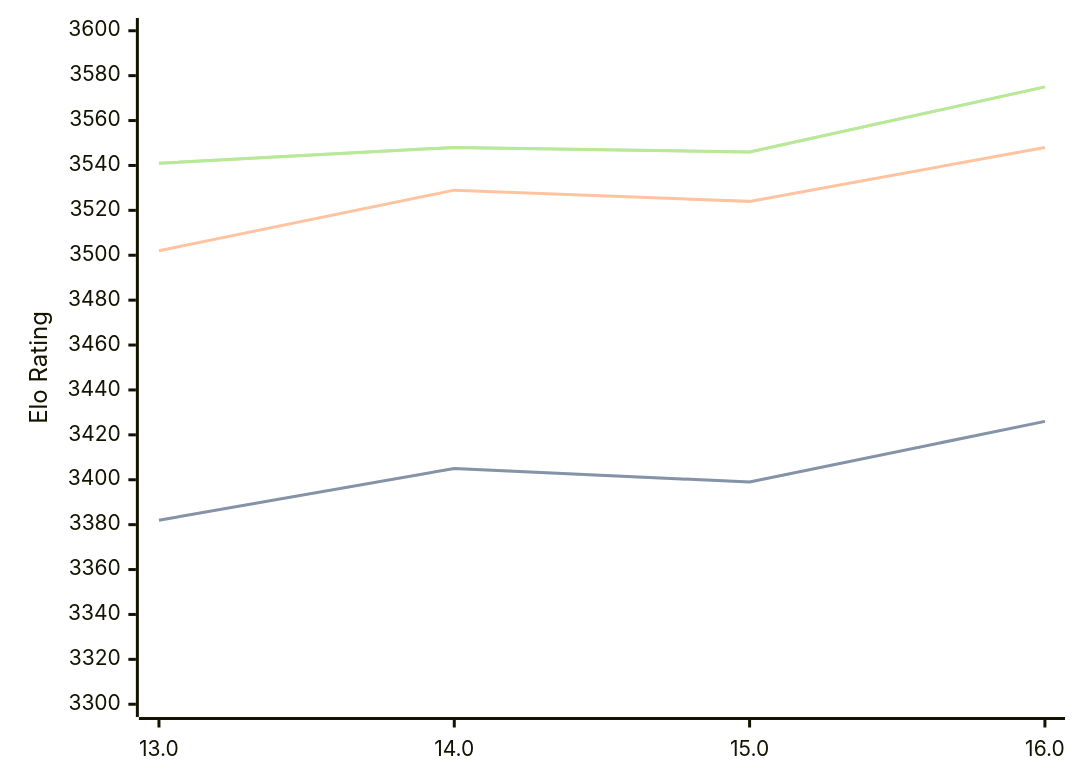
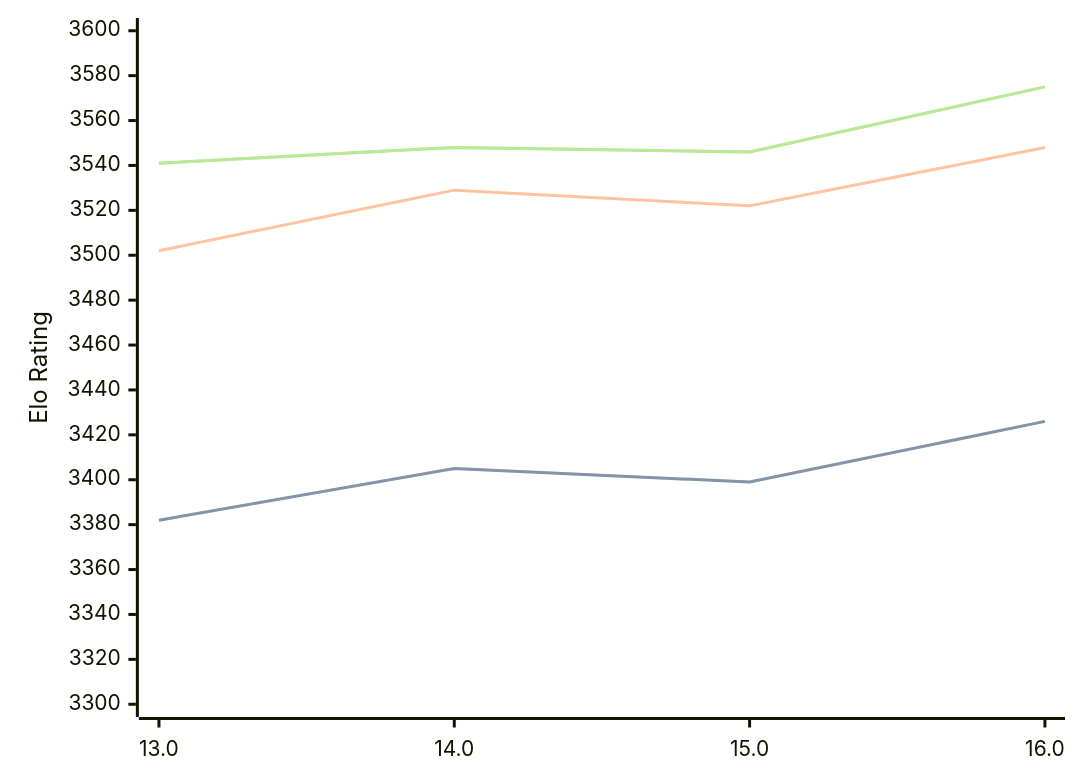
Before and after one commit to computer-chess-index/cci: the diagram in engines/Obsidian.md, drawn with Mermaid. The commit also changed other lines of this file, not shown here.

````diff
--- a/engines/Obsidian.md
+++ b/engines/Obsidian.md
@@ -34,11 +34,11 @@
 ```mermaid
 %%{init: {"theme":"base","themeVariables":{"seriesColors:['#a3a3a3','#222221','#faa371']}}}%%
 xychart-beta
   x-axis ["13.0", "14.0", "15.0", "16.0"]
   y-axis "Elo Rating" 3300 --> 3600
   line "STC (8.0+0.08s)" [3382, 3405, 3399, 3426]
   line "STC (8.0+0.08s)" [3382, 3405, 3399, 3426]
-  line "LTC (60.0+0.60s)" [3502, 3529, 3524, 3548]
+  line "LTC (60.0+0.60s)" [3502, 3529, 3522, 3548]
   line "VLTC (2m24s+1.12s)" [3541, 3548, 3546, 3575]
   line "VLTC (2m24s+1.12s)" [3541, 3548, 3546, 3575]
 ```
````
